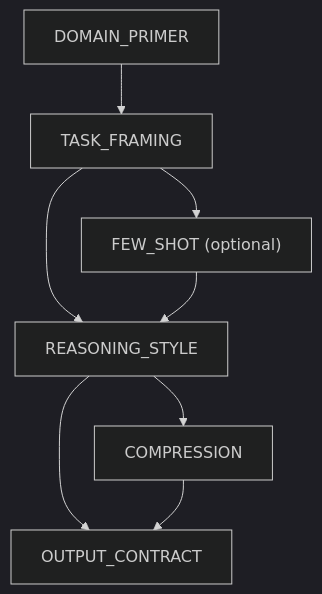
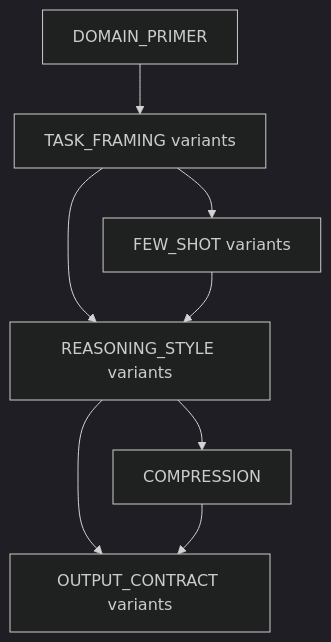
One commit to harshad317/PPG changed the second of 2 diagrams in README.md. Above: the diagram before and after it, drawn with Mermaid (dark theme). The commit also changed other lines of this file and 5 other files, not shown here.

Commit message:
Refresh PPG documentation and diagrams

````diff
--- a/README.md
+++ b/README.md
@@ -128,10 +135,10 @@
 ```mermaid
 flowchart TD
-    DP["DOMAIN_PRIMER"] --> TF["TASK_FRAMING"]
-    TF --> FS["FEW_SHOT (optional)"]
-    TF --> RS["REASONING_STYLE"]
+    DP["DOMAIN_PRIMER"] --> TF["TASK_FRAMING variants"]
+    TF --> FS["FEW_SHOT variants"]
+    TF --> RS["REASONING_STYLE variants"]
     FS --> RS
-    RS --> OC["OUTPUT_CONTRACT"]
+    RS --> OC["OUTPUT_CONTRACT variants"]
     RS --> C["COMPRESSION"]
     C --> OC
 ```
````
